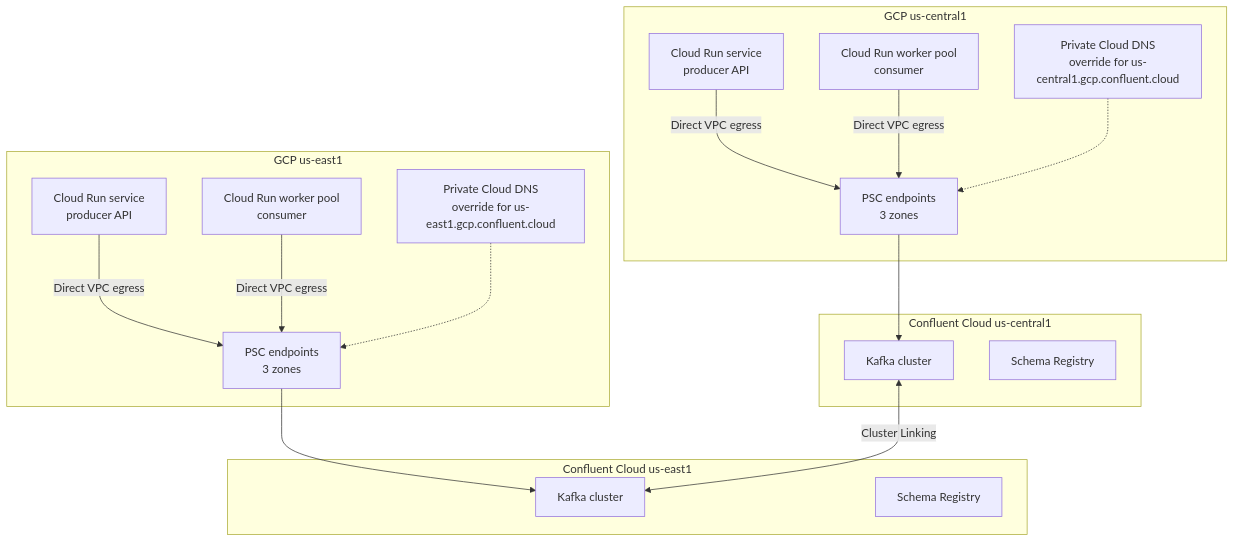
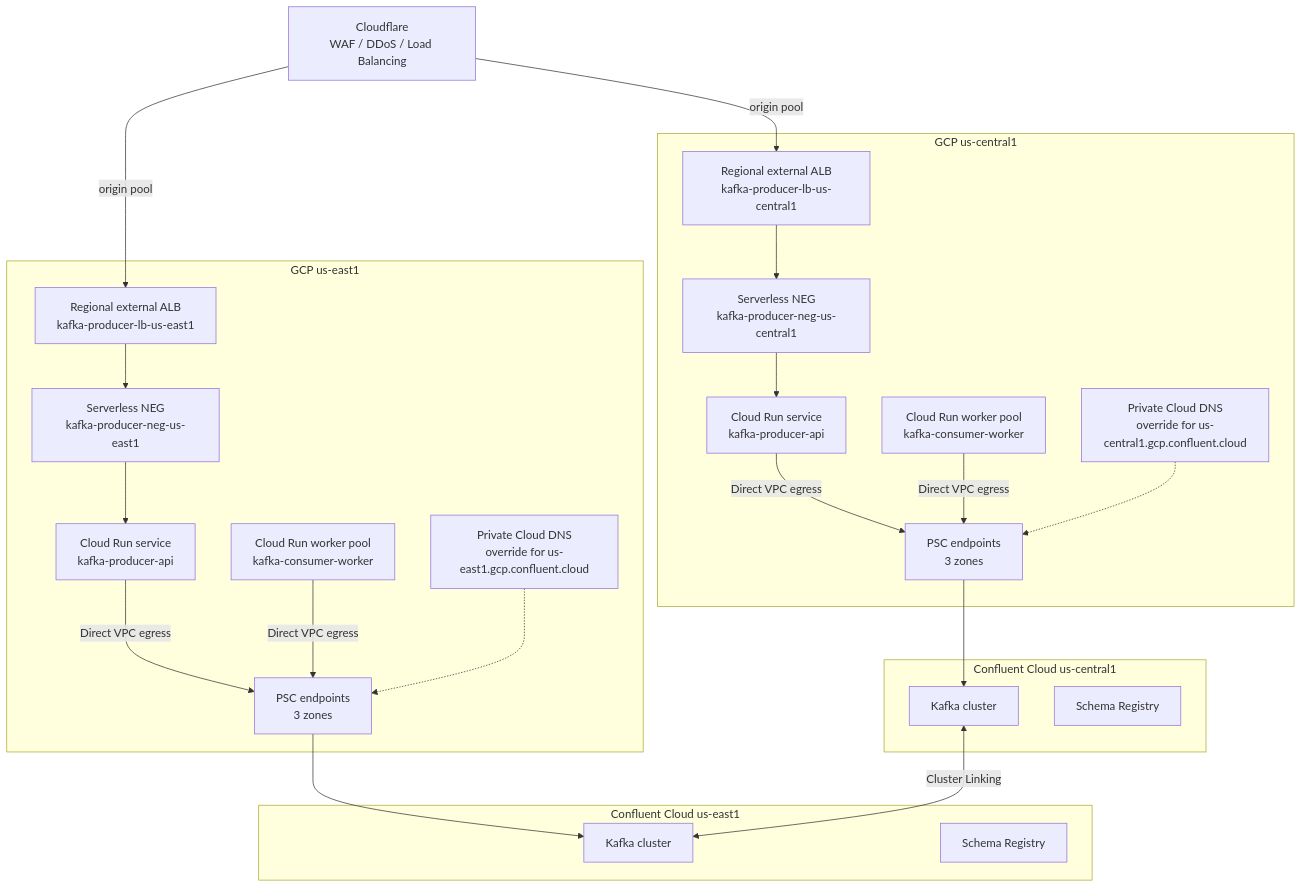
One commit to samithaf/confluent-kafka changed the diagram in docs/architecture.md. Above: the diagram before and after it, drawn with Mermaid. The commit also changed other lines of this file and 7 other files, not shown here.

````diff
--- a/docs/architecture.md
+++ b/docs/architecture.md
@@ -12,36 +14,45 @@
 ```mermaid
 flowchart TB
+  CF["Cloudflare<br/>WAF / DDoS / Load Balancing"]
+
   subgraph R1["GCP us-central1"]
-    S1["Cloud Run service<br/>producer API"]
-    W1["Cloud Run worker pool<br/>consumer"]
+    A1["Regional external ALB<br/>kafka-producer-lb-us-central1"]
+    X1["Serverless NEG<br/>kafka-producer-neg-us-central1"]
+    S1["Cloud Run service<br/>kafka-producer-api"]
+    W1["Cloud Run worker pool<br/>kafka-consumer-worker"]
     D1["Private Cloud DNS<br/>override for us-central1.gcp.confluent.cloud"]
     P1["PSC endpoints<br/>3 zones"]
   end
 
   subgraph C1["Confluent Cloud us-central1"]
     K1["Kafka cluster"]
     SR1["Schema Registry"]
   end
 
   subgraph R2["GCP us-east1"]
-    S2["Cloud Run service<br/>producer API"]
-    W2["Cloud Run worker pool<br/>consumer"]
+    A2["Regional external ALB<br/>kafka-producer-lb-us-east1"]
+    X2["Serverless NEG<br/>kafka-producer-neg-us-east1"]
+    S2["Cloud Run service<br/>kafka-producer-api"]
+    W2["Cloud Run worker pool<br/>kafka-consumer-worker"]
     D2["Private Cloud DNS<br/>override for us-east1.gcp.confluent.cloud"]
     P2["PSC endpoints<br/>3 zones"]
   end
 
   subgraph C2["Confluent Cloud us-east1"]
     K2["Kafka cluster"]
     SR2["Schema Registry"]
   end
+
+  CF -->|origin pool| A1 --> X1 --> S1
+  CF -->|origin pool| A2 --> X2 --> S2
 
   S1 -->|Direct VPC egress| P1 --> K1
   W1 -->|Direct VPC egress| P1
   D1 -.-> P1
 
   S2 -->|Direct VPC egress| P2 --> K2
   W2 -->|Direct VPC egress| P2
   D2 -.-> P2
 
   K1 <-->|Cluster Linking| K2
 ```
````
